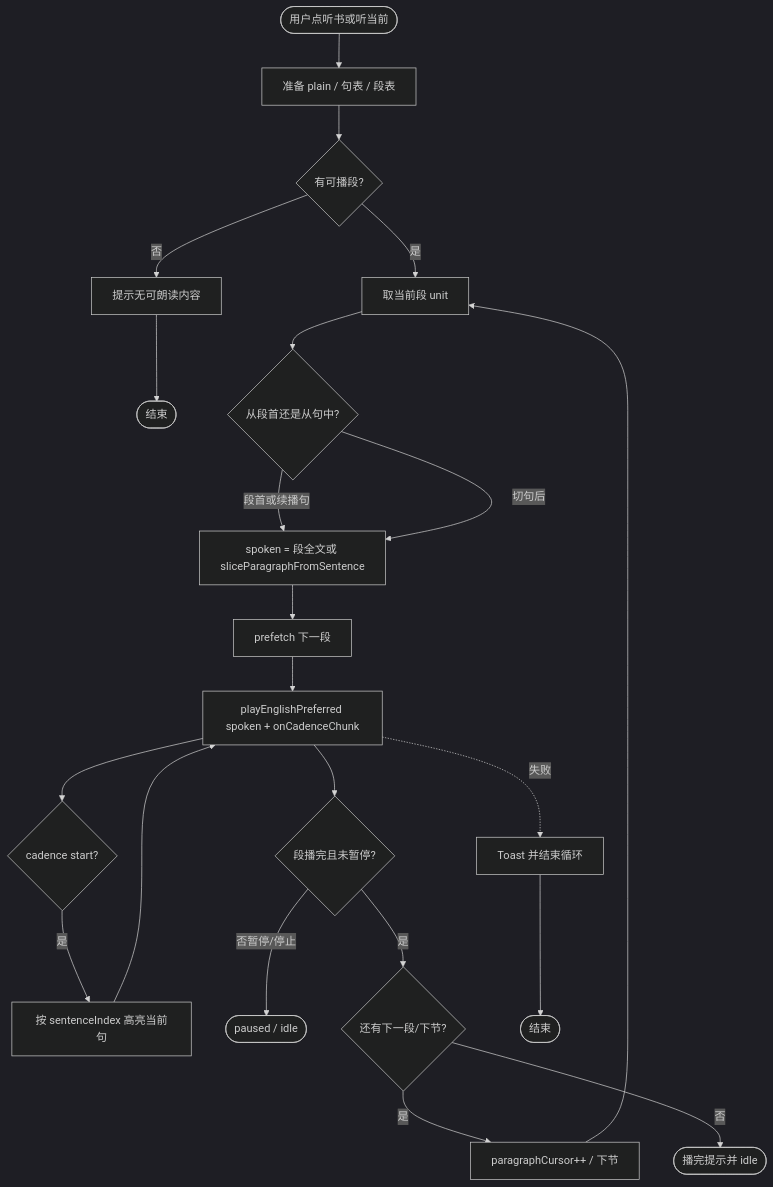
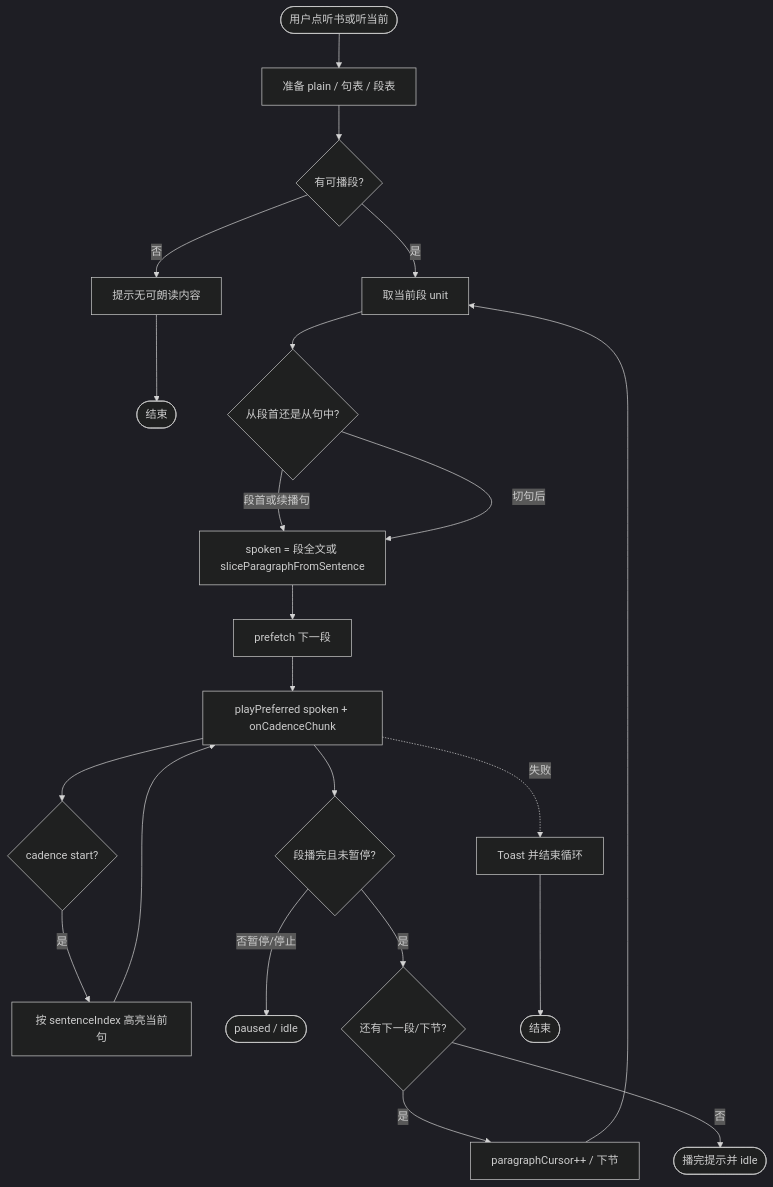
One commit to dnhyxc/dnhyxc-ai changed the second of 4 diagrams in docs/ideas/epub-listen-paragraph-tts.md. Above: the diagram before and after it, drawn with Mermaid (dark theme). The commit also changed other lines of this file and 111 other files, not shown here.

````diff
--- a/docs/ideas/epub-listen-paragraph-tts.md
+++ b/docs/ideas/epub-listen-paragraph-tts.md
@@ -173,23 +173,23 @@
 ```mermaid
 flowchart TD
   Start([用户点听书或听当前]) --> Prep[准备 plain / 句表 / 段表]
   Prep --> Empty{有可播段?}
   Empty -->|否| Toast[提示无可朗读内容]
   Toast --> End1([结束])
   Empty -->|是| Loop[取当前段 unit]
   Loop --> Slice{从段首还是从句中?}
   Slice -->|段首或续播句| Spoken[spoken = 段全文或 sliceParagraphFromSentence]
   Slice -->|切句后| Spoken
   Spoken --> PrefetchNext[prefetch 下一段]
-  PrefetchNext --> Play[playEnglishPreferred spoken + onCadenceChunk]
+  PrefetchNext --> Play[playPreferred spoken + onCadenceChunk]
   Play --> CadenceStart{cadence start?}
   CadenceStart -->|是| HL[按 sentenceIndex 高亮当前句]
   HL --> Play
   Play --> DoneSeg{段播完且未暂停?}
   DoneSeg -->|否暂停/停止| PauseEnd([paused / idle])
   DoneSeg -->|是| More{还有下一段/下节?}
   More -->|是| Adv[paragraphCursor++ / 下节] --> Loop
   More -->|否| Finish([播完提示并 idle])
   Play -.->|失败| FailToast[Toast 并结束循环]
   FailToast --> End2([结束])
 ```
````
